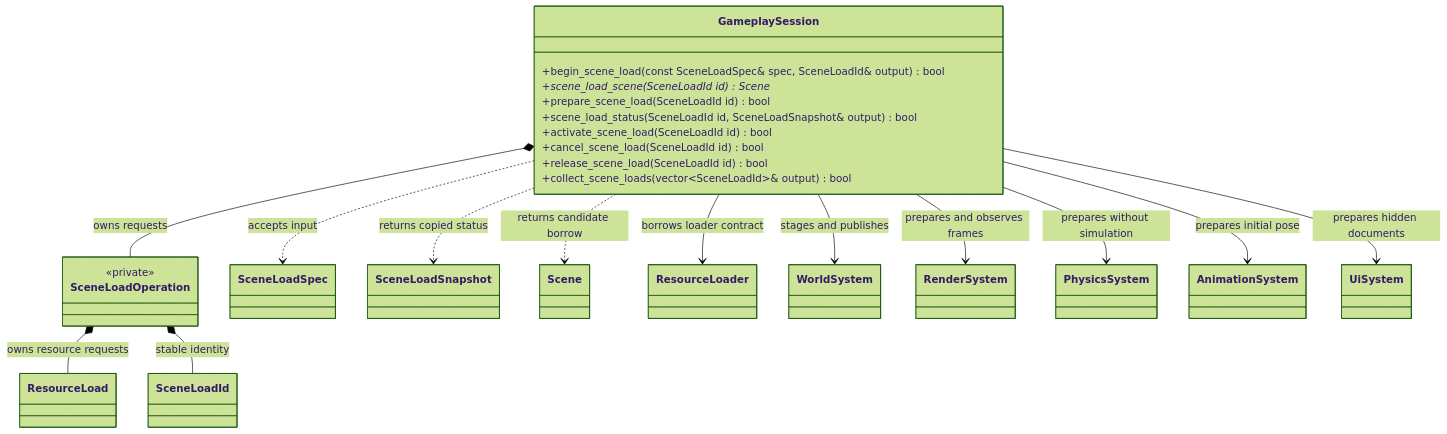
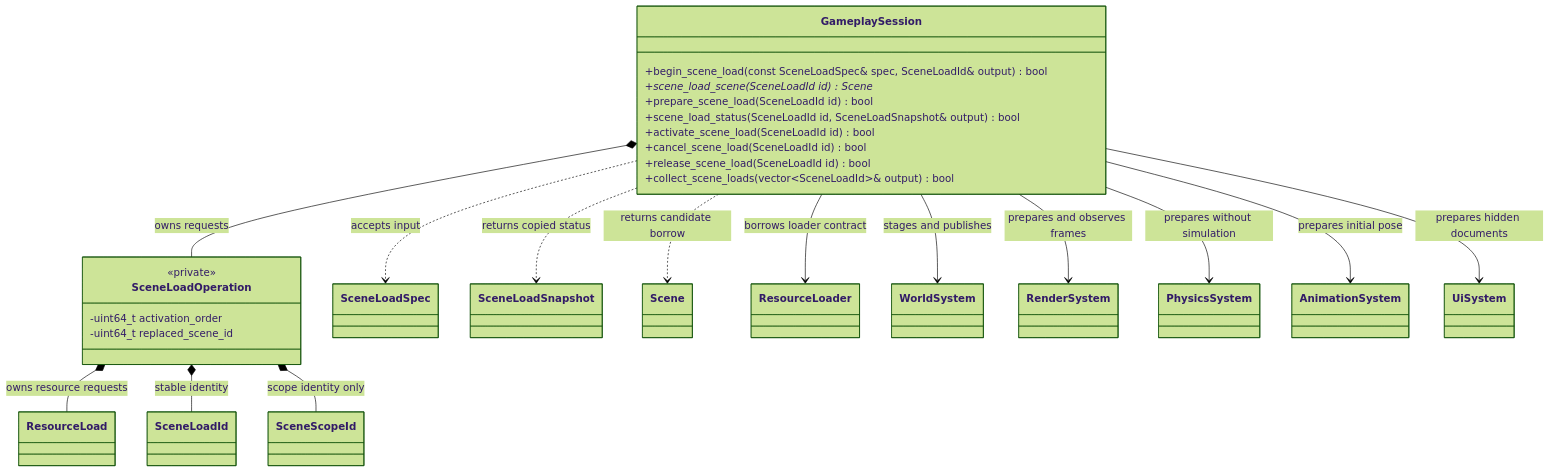
The second of 8 diagrams in docs/runtime/class-diagrams/scene-loading.md (lcals/Engine), drawn with Mermaid (forest theme) before and after one commit. The commit also changed other lines of this file and 63 other files, not shown here.

````diff
--- a/docs/runtime/class-diagrams/scene-loading.md
+++ b/docs/runtime/class-diagrams/scene-loading.md
@@ -46,40 +46,44 @@
 ```mermaid
 classDiagram
     direction TB
     class GameplaySession {
         +begin_scene_load(const SceneLoadSpec& spec, SceneLoadId& output) bool
         +scene_load_scene(SceneLoadId id) Scene*
         +prepare_scene_load(SceneLoadId id) bool
         +scene_load_status(SceneLoadId id, SceneLoadSnapshot& output) bool
         +activate_scene_load(SceneLoadId id) bool
         +cancel_scene_load(SceneLoadId id) bool
         +release_scene_load(SceneLoadId id) bool
         +collect_scene_loads(vector~SceneLoadId~& output) bool
     }
     class SceneLoadOperation {
         <<private>>
+        -uint64_t activation_order
+        -uint64_t replaced_scene_id
     }
     class SceneLoadSpec
     class SceneLoadId
     class SceneLoadSnapshot
+    class SceneScopeId
     class Scene
     class ResourceLoad
     class ResourceLoader
     class WorldSystem
     class RenderSystem
     class PhysicsSystem
     class AnimationSystem
     class UiSystem
     GameplaySession *-- SceneLoadOperation : owns requests
     SceneLoadOperation *-- ResourceLoad : owns resource requests
     SceneLoadOperation *-- SceneLoadId : stable identity
+    SceneLoadOperation *-- SceneScopeId : scope identity only
     GameplaySession --> ResourceLoader : borrows loader contract
     GameplaySession --> WorldSystem : stages and publishes
     GameplaySession --> RenderSystem : prepares and observes frames
     GameplaySession --> PhysicsSystem : prepares without simulation
     GameplaySession --> AnimationSystem : prepares initial pose
     GameplaySession --> UiSystem : prepares hidden documents
     GameplaySession ..> SceneLoadSpec : accepts input
     GameplaySession ..> SceneLoadSnapshot : returns copied status
     GameplaySession ..> Scene : returns candidate borrow
 ```
````
